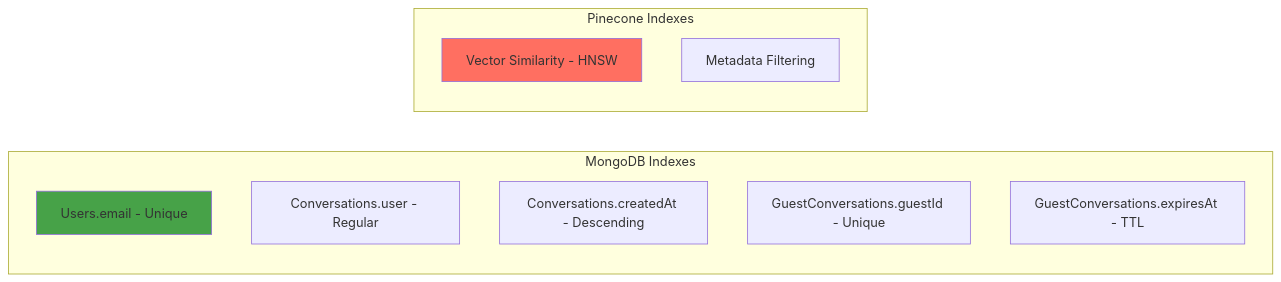
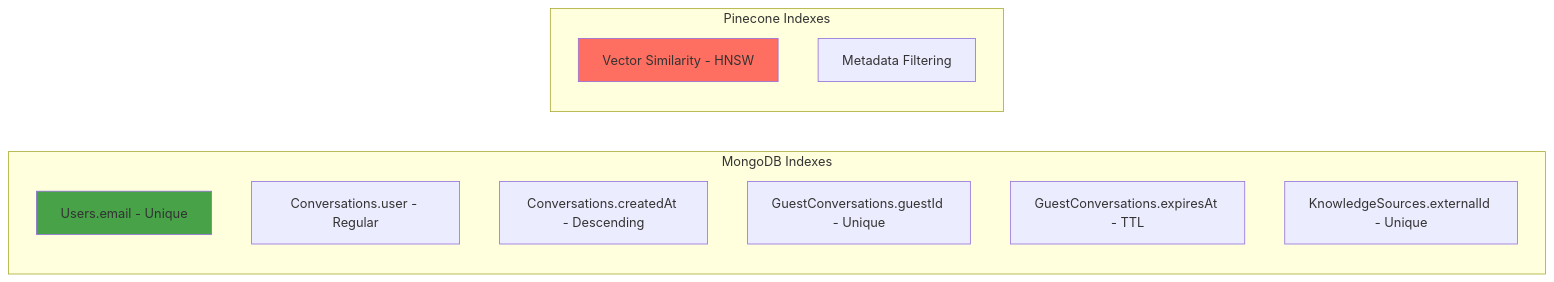
Before and after one commit to hoangsonww/AI-RAG-Assistant-Chatbot: diagram 18 of 30 in ARCHITECTURE.md, drawn with Mermaid. The commit also changed other lines of this file and 30 other files, not shown here.

````diff
--- a/ARCHITECTURE.md
+++ b/ARCHITECTURE.md
@@ -829,18 +874,19 @@
 ```mermaid
 graph LR
     subgraph "MongoDB Indexes"
         UserEmail[Users.email - Unique]
         ConvUser[Conversations.user - Regular]
         ConvCreated[Conversations.createdAt - Descending]
         GuestID[GuestConversations.guestId - Unique]
         GuestExpire[GuestConversations.expiresAt - TTL]
+        KnowledgeExternalId[KnowledgeSources.externalId - Unique]
     end
 
     subgraph "Pinecone Indexes"
         VectorIndex[Vector Similarity - HNSW]
         MetadataFilter[Metadata Filtering]
     end
 
     style UserEmail fill:#47A248
     style VectorIndex fill:#FF6F61
 ```
````
